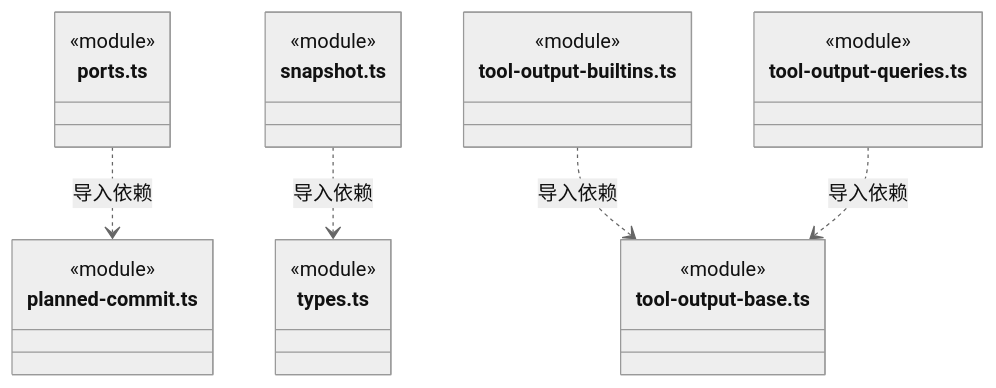
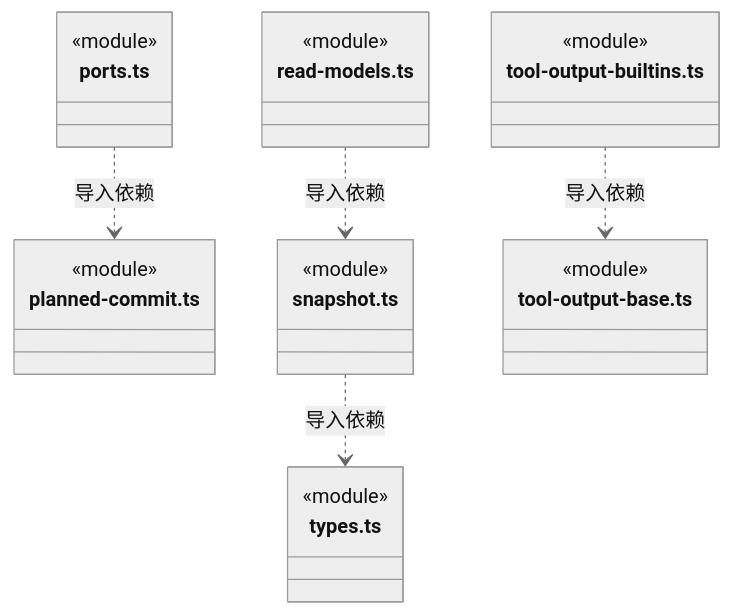
One commit to nan023062/cbim changed diagram 34 of 36 in src/backend/core/knowledge/ARCHITECTURE.md. Above: the diagram before and after it, drawn with Mermaid (neutral theme). The commit also changed other lines of this file and 356 other files, not shown here.

First line of the commit message:
chore: preserve architecture remediation before desktop 0.1.7 alignment

````diff
--- a/src/backend/core/knowledge/ARCHITECTURE.md
+++ b/src/backend/core/knowledge/ARCHITECTURE.md
@@ -706,28 +787,28 @@
 ```mermaid
 classDiagram
 class N_src_backend_core_knowledge_ports_ts["ports.ts"] {
   <<module>>
 }
 class N_src_backend_core_knowledge_planned_commit_ts["planned-commit.ts"] {
+  <<module>>
+}
+class N_src_backend_core_knowledge_read_models_ts["read-models.ts"] {
   <<module>>
 }
 class N_src_backend_core_knowledge_snapshot_ts["snapshot.ts"] {
   <<module>>
 }
 class N_src_backend_core_knowledge_types_ts["types.ts"] {
   <<module>>
 }
 class N_src_backend_core_knowledge_tool_output_builtins_ts["tool-output-builtins.ts"] {
   <<module>>
 }
 class N_src_backend_core_knowledge_tool_output_base_ts["tool-output-base.ts"] {
   <<module>>
 }
-class N_src_backend_core_knowledge_tool_output_queries_ts["tool-output-queries.ts"] {
-  <<module>>
-}
 N_src_backend_core_knowledge_ports_ts ..> N_src_backend_core_knowledge_planned_commit_ts : 导入依赖
+N_src_backend_core_knowledge_read_models_ts ..> N_src_backend_core_knowledge_snapshot_ts : 导入依赖
 N_src_backend_core_knowledge_snapshot_ts ..> N_src_backend_core_knowledge_types_ts : 导入依赖
 N_src_backend_core_knowledge_tool_output_builtins_ts ..> N_src_backend_core_knowledge_tool_output_base_ts : 导入依赖
-N_src_backend_core_knowledge_tool_output_queries_ts ..> N_src_backend_core_knowledge_tool_output_base_ts : 导入依赖
 ```
````
